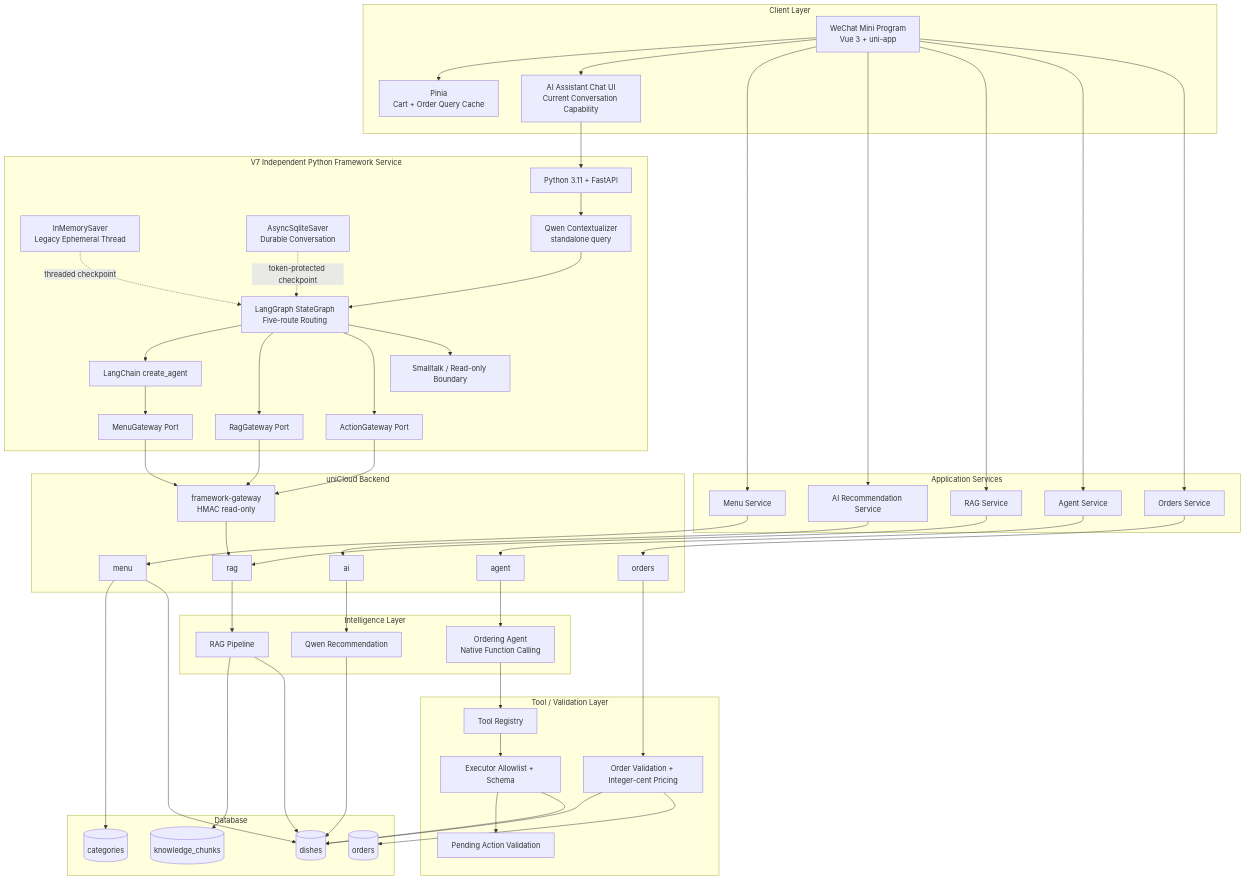
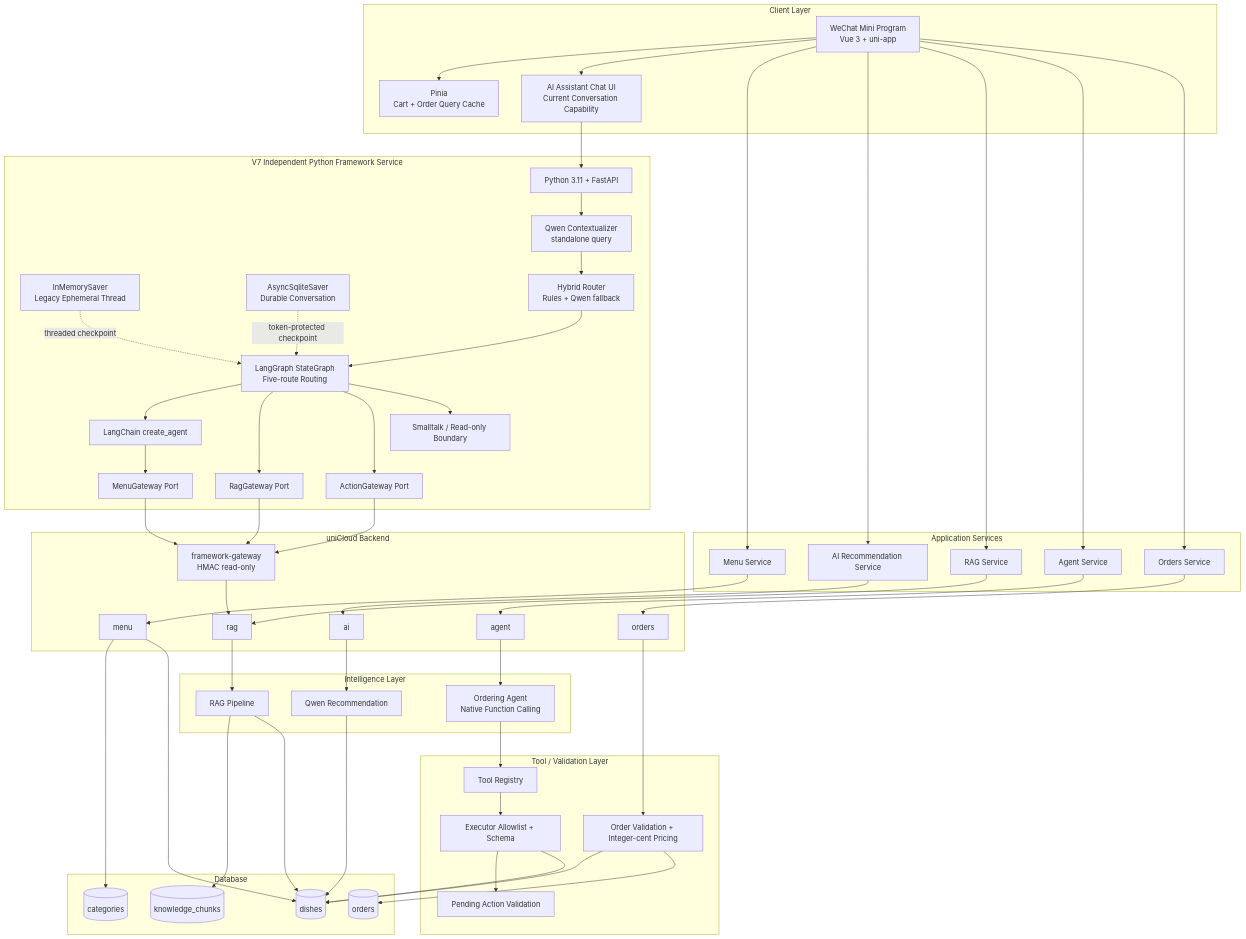
One commit to LI-ZONGRUI/smart-ordering-agent changed the first of 3 diagrams in docs/ARCHITECTURE.md. Above: the diagram before and after it, drawn with Mermaid. The commit also changed other lines of this file and 15 other files, not shown here.

Commit message:
feat: add hybrid semantic router

```diff
--- a/docs/ARCHITECTURE.md
+++ b/docs/ARCHITECTURE.md
@@ -62,13 +69,14 @@
     MEM[InMemorySaver<br/>Legacy Ephemeral Thread]
     DUR[AsyncSqliteSaver<br/>Durable Conversation]
     CTX[Qwen Contextualizer<br/>standalone query]
+    HR[Hybrid Router<br/>Rules + Qwen fallback]
     LG[LangGraph StateGraph<br/>Five-route Routing]
     LC[LangChain create_agent]
     GW[MenuGateway Port]
     RGW[RagGateway Port]
     AGW[ActionGateway Port]
     SMALL[Smalltalk / Read-only Boundary]
-    FASTAPI --> CTX --> LG
+    FASTAPI --> CTX --> HR --> LG
     MEM -. threaded checkpoint .-> LG
     DUR -. token-protected checkpoint .-> LG
     LG --> LC --> GW
```
